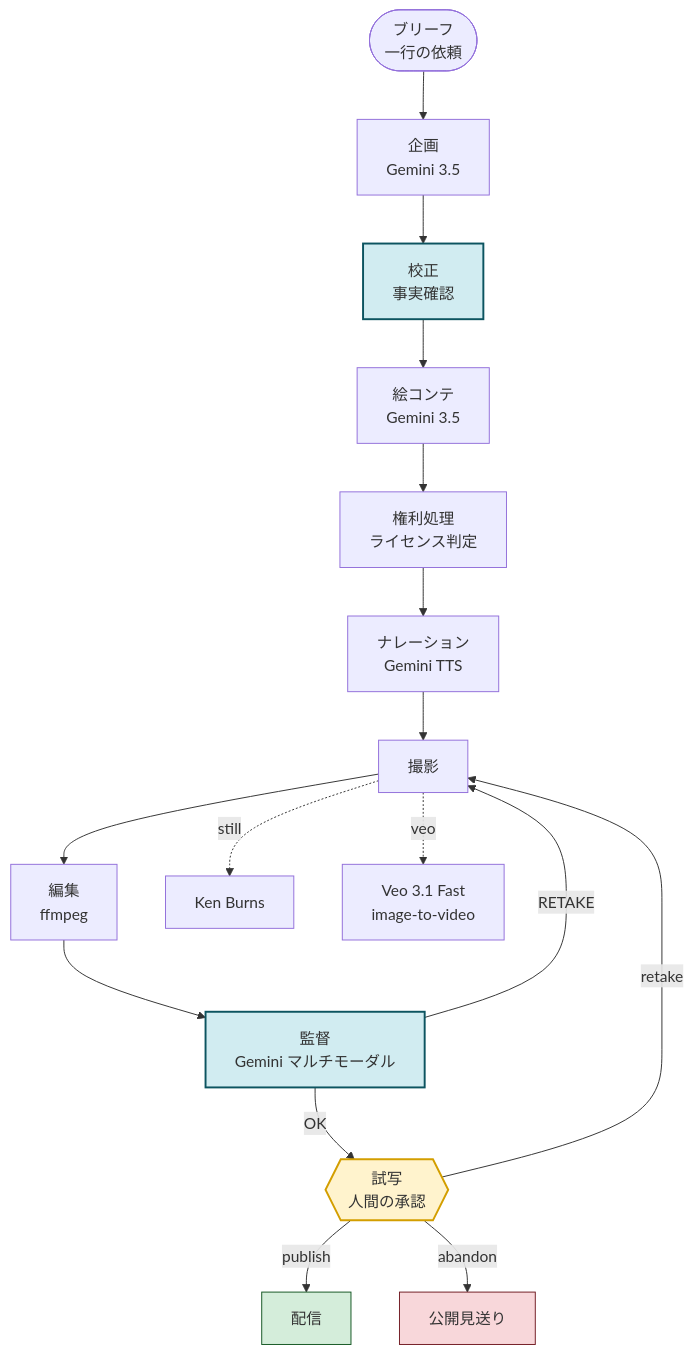
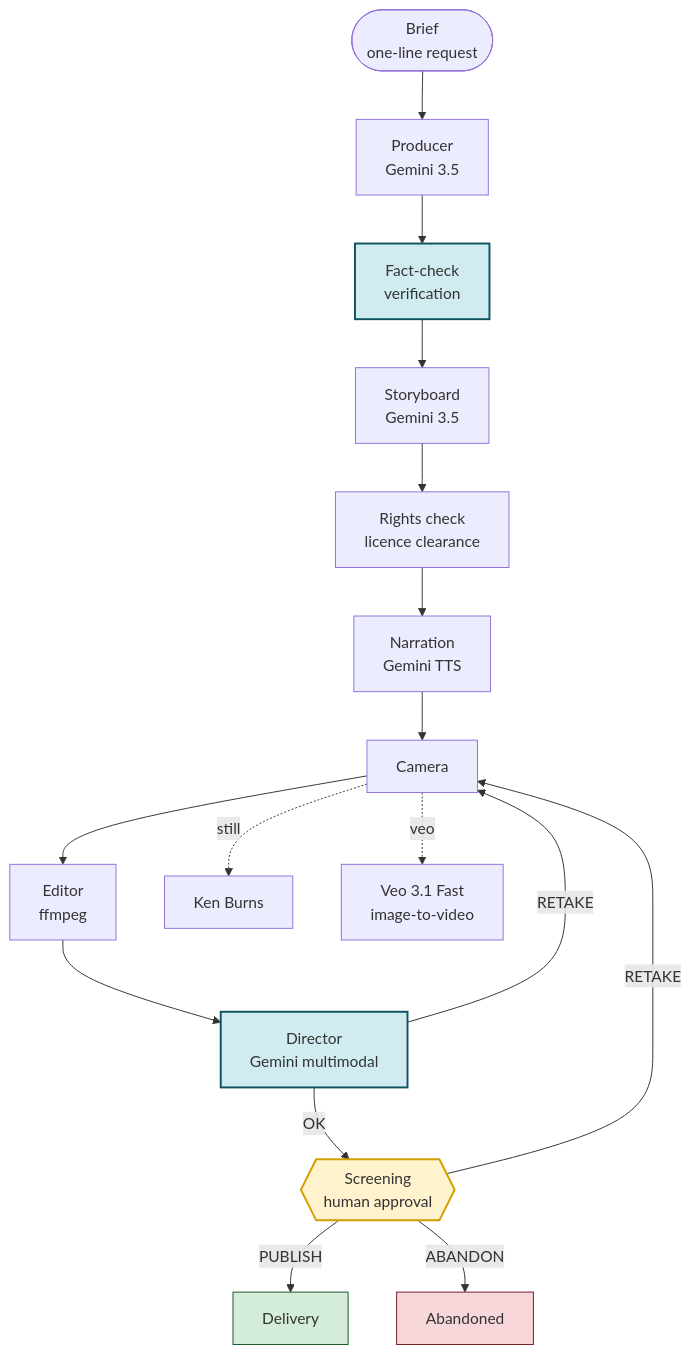
The diagram in docs/architecture.md (isaka1022/retake), drawn with Mermaid before and after one commit. The commit also changed other lines of this file and 22 other files, not shown here.

````diff
--- a/docs/architecture.md
+++ b/docs/architecture.md
@@ -5,27 +5,27 @@
 ```mermaid
 flowchart TD
-    START([ブリーフ<br/>一行の依頼]) --> P[企画<br/>Gemini 3.5]
-    P --> F[校正<br/>事実確認]
-    F --> S[絵コンテ<br/>Gemini 3.5]
-    S --> R[権利処理<br/>ライセンス判定]
-    R --> N[ナレーション<br/>Gemini TTS]
-    N --> C[撮影]
-    C --> E[編集<br/>ffmpeg]
-    E --> D[監督<br/>Gemini マルチモーダル]
+    START([Brief<br/>one-line request]) --> producer[Producer<br/>Gemini 3.5]
+    producer --> factcheck[Fact-check<br/>verification]
+    factcheck --> storyboard[Storyboard<br/>Gemini 3.5]
+    storyboard --> rights_check[Rights check<br/>licence clearance]
+    rights_check --> narration[Narration<br/>Gemini TTS]
+    narration --> camera[Camera]
+    camera --> editor[Editor<br/>ffmpeg]
+    editor --> director[Director<br/>Gemini multimodal]
 
-    C -.->|still| KB[Ken Burns]
-    C -.->|veo| VEO[Veo 3.1 Fast<br/>image-to-video]
+    camera -.->|still| KB[Ken Burns]
+    camera -.->|veo| VEO[Veo 3.1 Fast<br/>image-to-video]
 
-    D -->|RETAKE| C
-    D -->|OK| SC{{試写<br/>人間の承認}}
+    director -->|RETAKE| camera
+    director -->|OK| screening{{Screening<br/>human approval}}
 
-    SC -->|publish| PUB[配信]
-    SC -->|retake| C
-    SC -->|abandon| AB[公開見送り]
+    screening -->|PUBLISH| delivery[Delivery]
+    screening -->|RETAKE| camera
+    screening -->|ABANDON| abandoned[Abandoned]
 
-    style SC fill:#fff3cd,stroke:#d39e00,stroke-width:2px
-    style D fill:#d1ecf1,stroke:#0c5460,stroke-width:2px
-    style F fill:#d1ecf1,stroke:#0c5460,stroke-width:2px
-    style PUB fill:#d4edda,stroke:#155724
-    style AB fill:#f8d7da,stroke:#721c24
+    style screening fill:#fff3cd,stroke:#d39e00,stroke-width:2px
+    style director fill:#d1ecf1,stroke:#0c5460,stroke-width:2px
+    style factcheck fill:#d1ecf1,stroke:#0c5460,stroke-width:2px
+    style delivery fill:#d4edda,stroke:#155724
+    style abandoned fill:#f8d7da,stroke:#721c24
 ```
````
